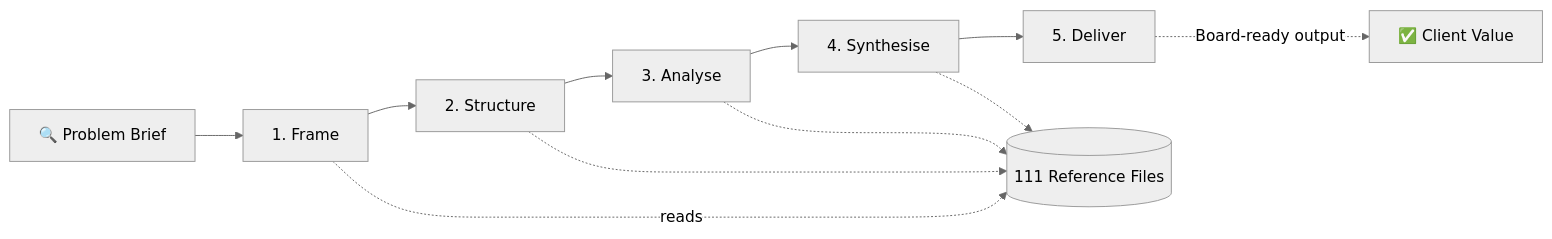
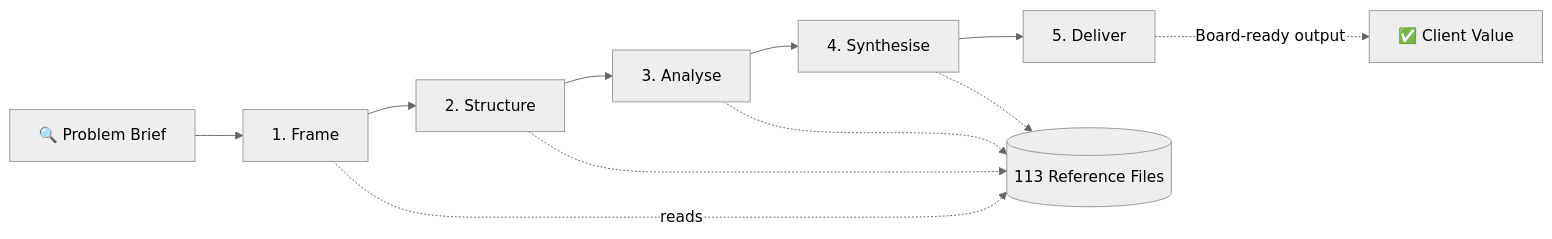
One commit to MichaelSvensen/claude-plugin-marketplace.json changed the first of 4 diagrams in README.md. Above: the diagram before and after it, drawn with Mermaid (neutral theme). The commit also changed other lines of this file, not shown here.

````diff
--- a/README.md
+++ b/README.md
@@ -19,14 +34,14 @@
 ```mermaid
 flowchart LR
     A["🔍 Problem Brief"] --> B["1. Frame"]
     B --> C["2. Structure"]
     C --> D["3. Analyse"]
     D --> E["4. Synthesise"]
     E --> F["5. Deliver"]
 
-    B -.->|reads| G[("111 Reference Files")]
+    B -.->|reads| G[("113 Reference Files")]
     C -.-> G
     D -.-> G
     E -.-> G
     F -.->|"Board-ready output"| H["✅ Client Value"]
 ```
````
